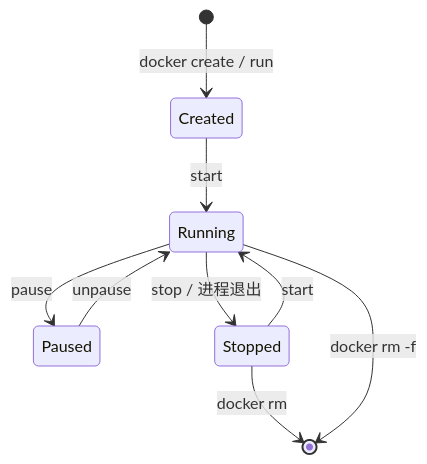
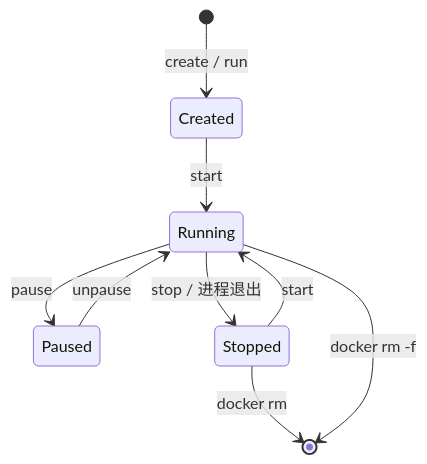
The diagram in src/云原生/docker/docker-05-container-and-image.md (langkemaoxin/langkemaoxin.github.io), drawn with Mermaid before and after one commit. The commit also changed other lines of this file and 21 other files, not shown here.

````diff
--- a/src/云原生/docker/docker-05-container-and-image.md
+++ b/src/云原生/docker/docker-05-container-and-image.md
@@ -65,11 +414,11 @@
 ```mermaid
 stateDiagram-v2
-    [*] --> Created: docker create / run
+    [*] --> Created: create / run
     Created --> Running: start
     Running --> Paused: pause
     Paused --> Running: unpause
     Running --> Stopped: stop / 进程退出
     Stopped --> Running: start
     Stopped --> [*]: docker rm
     Running --> [*]: docker rm -f
 ```
````
